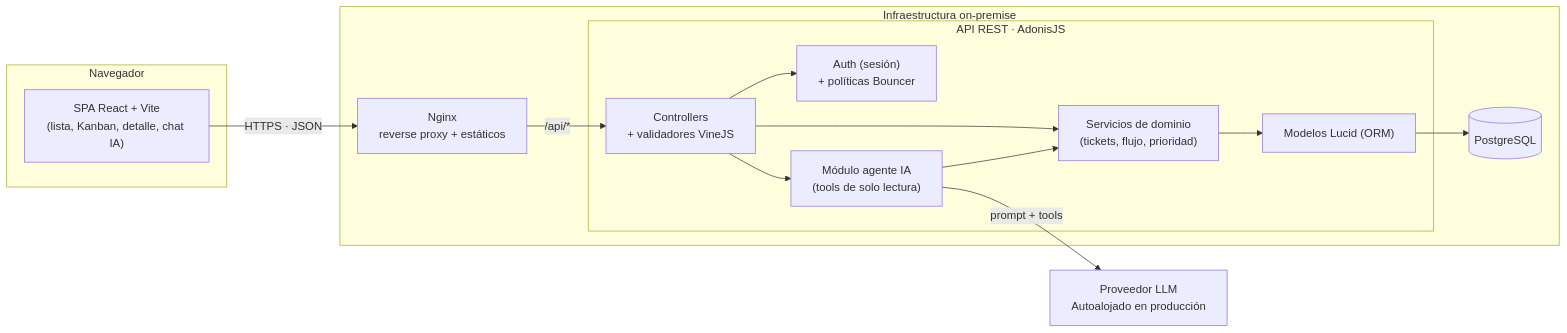
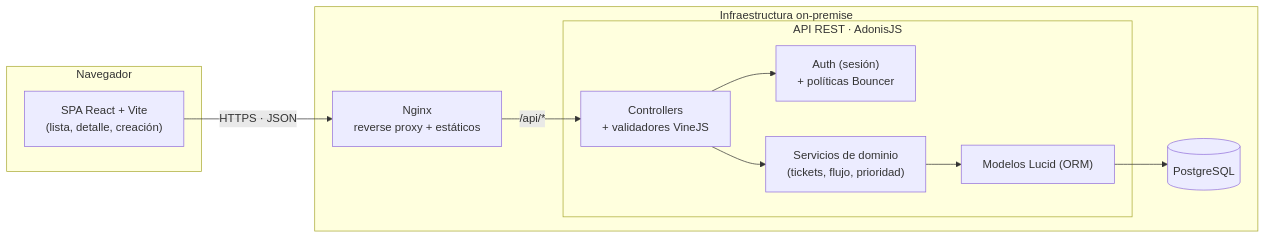
One commit to pedrolaralara/AI4Devs-finalproject changed the third of 6 diagrams in readme.md. Above: the diagram before and after it, drawn with Mermaid. The commit also changed other lines of this file and 26 other files, not shown here.

````diff
--- a/readme.md
+++ b/readme.md
@@ -256,30 +248,25 @@
 ```mermaid
 flowchart LR
     subgraph Cliente["Navegador"]
-        SPA["SPA React + Vite<br/>(lista, Kanban, detalle, chat IA)"]
+        SPA["SPA React + Vite<br/>(lista, detalle, creación)"]
     end
 
     subgraph OnPrem["Infraestructura on-premise"]
         Proxy["Nginx<br/>reverse proxy + estáticos"]
         subgraph API["API REST · AdonisJS"]
             Ctrl["Controllers<br/>+ validadores VineJS"]
             Auth["Auth (sesión)<br/>+ políticas Bouncer"]
             Svc["Servicios de dominio<br/>(tickets, flujo, prioridad)"]
-            Agent["Módulo agente IA<br/>(tools de solo lectura)"]
             ORM["Modelos Lucid (ORM)"]
         end
         DB[("PostgreSQL")]
     end
 
-    LLM["Proveedor LLM<br/>Autoalojado en producción"]
 
     SPA -- "HTTPS · JSON" --> Proxy
     Proxy -- "/api/*" --> Ctrl
     Ctrl --> Auth
     Ctrl --> Svc
-    Ctrl --> Agent
-    Agent --> Svc
     Svc --> ORM
     ORM --> DB
-    Agent -- "prompt + tools" --> LLM
 ```
````
